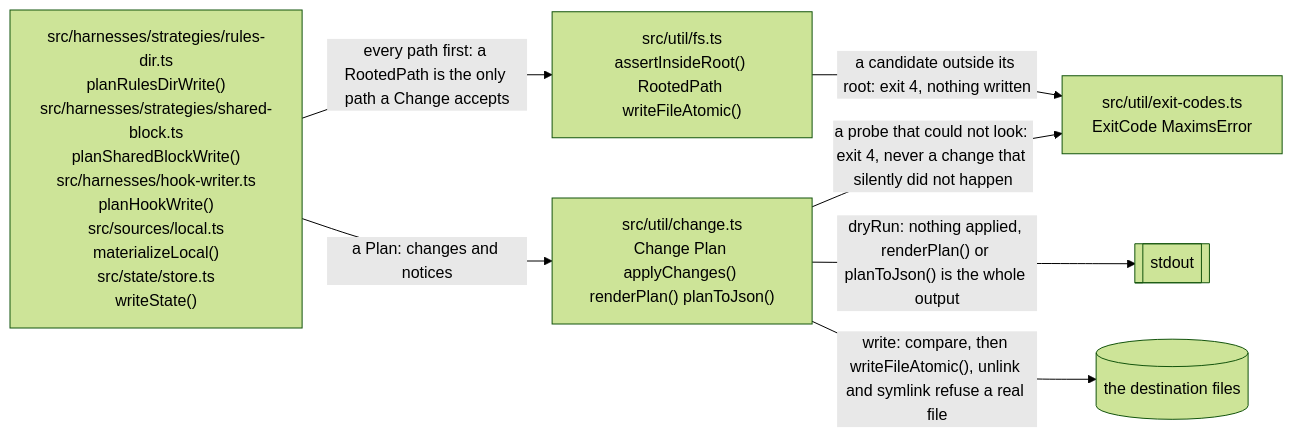
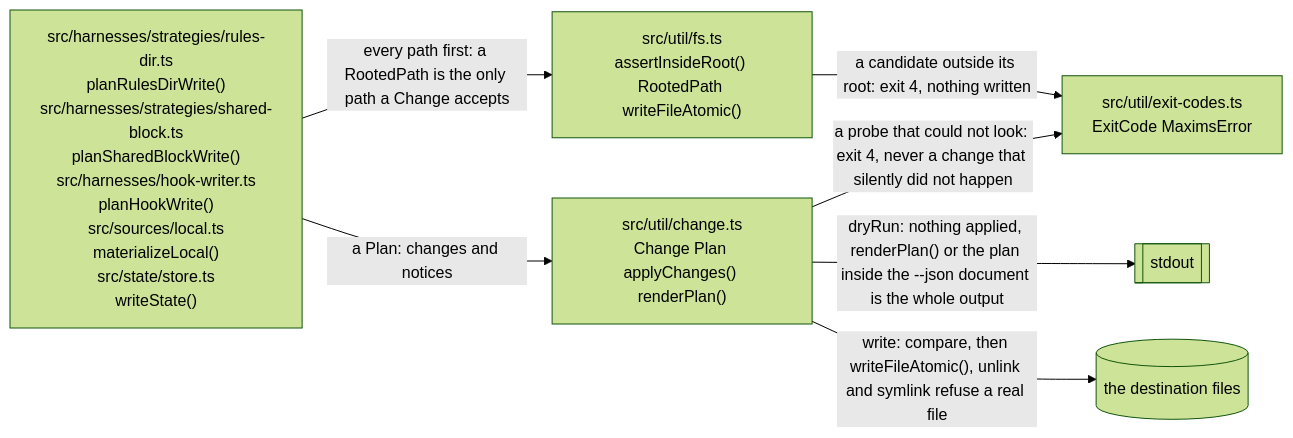
The sixth of 15 diagrams in docs/architecture.md (Vivswan/maxims), drawn with Mermaid (forest theme) before and after one commit.

Commit message:
docs(architecture): drop the deleted planToJson from the change module label
This branch deleted planToJson from src/util/change.ts, and the hand-written node label in the plan-and-apply diagram still named it, so check-architecture-page failed in CI. The node label now lists the exports that exist, and the dry-run edge that named the function describes the --json document the plan now travels in.

````diff
--- a/docs/architecture.md
+++ b/docs/architecture.md
@@ -226,15 +226,15 @@
 ```mermaid
 flowchart LR
   planners["src/harnesses/strategies/rules-dir.ts<br>planRulesDirWrite()<br>src/harnesses/strategies/shared-block.ts<br>planSharedBlockWrite()<br>src/harnesses/hook-writer.ts<br>planHookWrite()<br>src/sources/local.ts<br>materializeLocal()<br>src/state/store.ts<br>writeState()"]
   fs["src/util/fs.ts<br>assertInsideRoot() RootedPath writeFileAtomic()"]
-  change["src/util/change.ts<br>Change Plan applyChanges() renderPlan() planToJson()"]
+  change["src/util/change.ts<br>Change Plan applyChanges() renderPlan()"]
   exit["src/util/exit-codes.ts<br>ExitCode MaximsError"]
   stdout[["stdout"]]
   disk[("the destination files")]
   planners -->|"every path first: a RootedPath is the only path a Change accepts"| fs
   fs -->|"a candidate outside its root: exit 4, nothing written"| exit
   planners -->|"a Plan: changes and notices"| change
-  change -->|"dryRun: nothing applied, renderPlan() or planToJson() is the whole output"| stdout
+  change -->|"dryRun: nothing applied, renderPlan() or the plan inside the --json document is the whole output"| stdout
   change -->|"write: compare, then writeFileAtomic(), unlink and symlink refuse a real file"| disk
   change -->|"a probe that could not look: exit 4, never a change that silently did not happen"| exit
 ```
````
